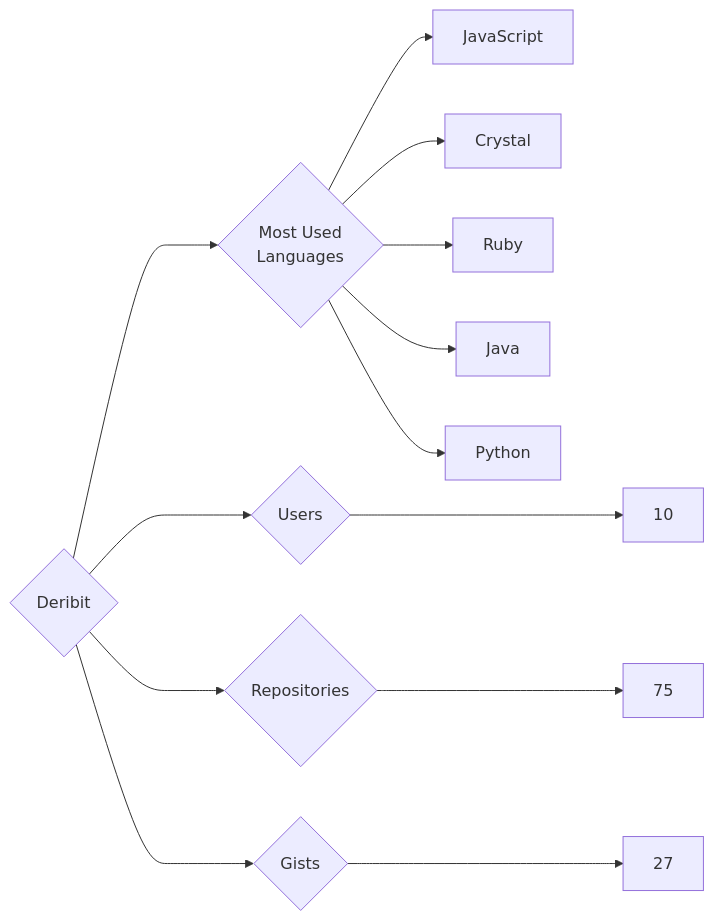
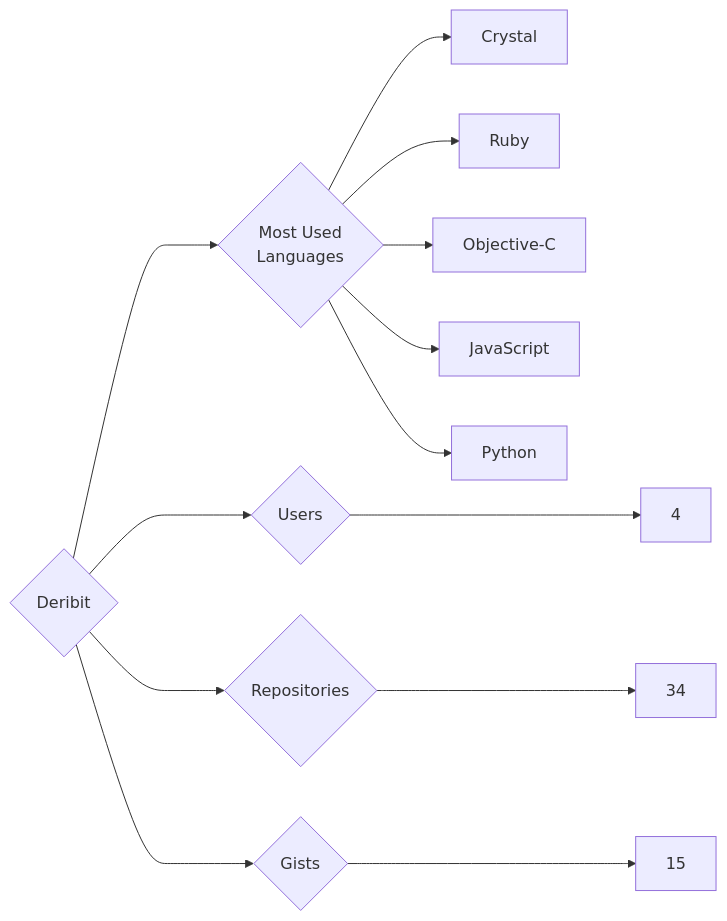
Before and after one commit to trickest/insiders: the diagram in targets/Deribit/README.md, drawn with Mermaid. The commit also changed 965 other files, not shown here.

````diff
--- a/targets/Deribit/README.md
+++ b/targets/Deribit/README.md
@@ -3,13 +3,13 @@
 ```mermaid
 graph LR
 COMPANY_NAME{Deribit}
-COMPANY_NAME ---> U{Users} ---> UN[10]
-COMPANY_NAME ---> R{Repositories} ---> RN[75]
-COMPANY_NAME ---> G{Gists} ---> GN[27]
+COMPANY_NAME ---> U{Users} ---> UN[4]
+COMPANY_NAME ---> R{Repositories} ---> RN[34]
+COMPANY_NAME ---> G{Gists} ---> GN[15]
 COMPANY_NAME ---> ML{Most Used<br>Languages}
-ML --> JavaScript[JavaScript]
 ML --> Crystal[Crystal]
 ML --> Ruby[Ruby]
-ML --> Java[Java]
+ML --> Objective-C[Objective-C]
+ML --> JavaScript[JavaScript]
 ML --> Python[Python]
 ```
````
